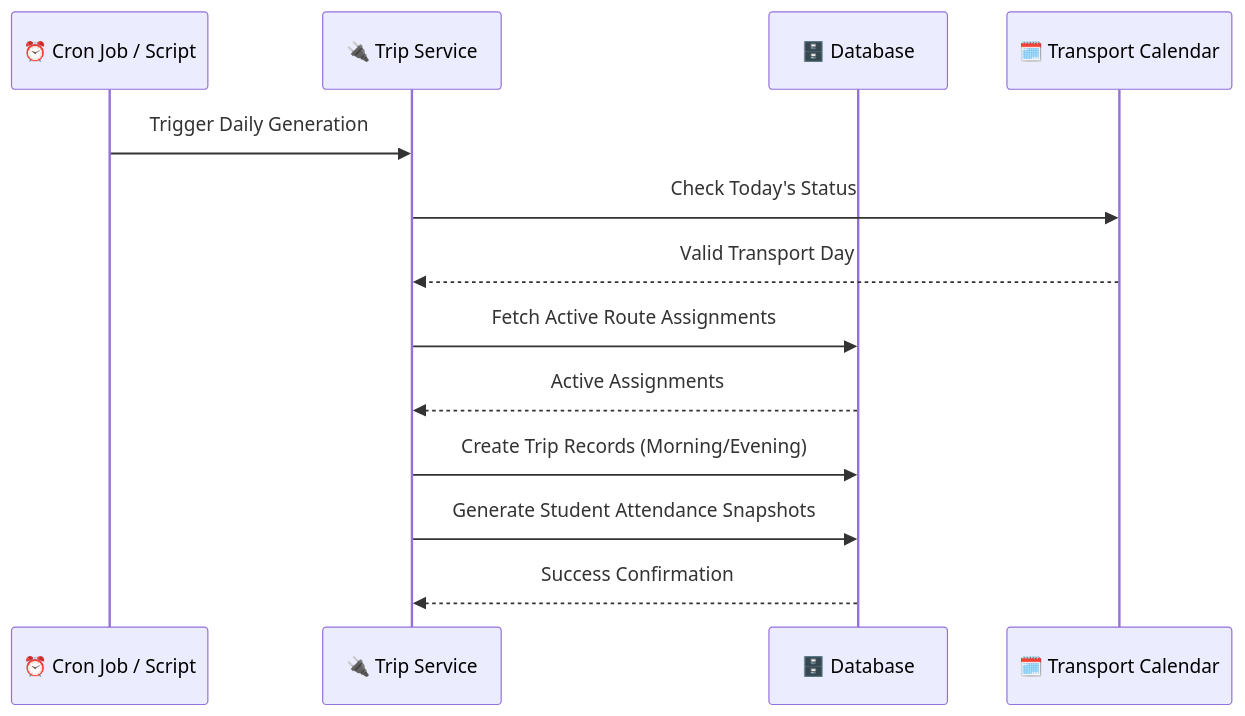
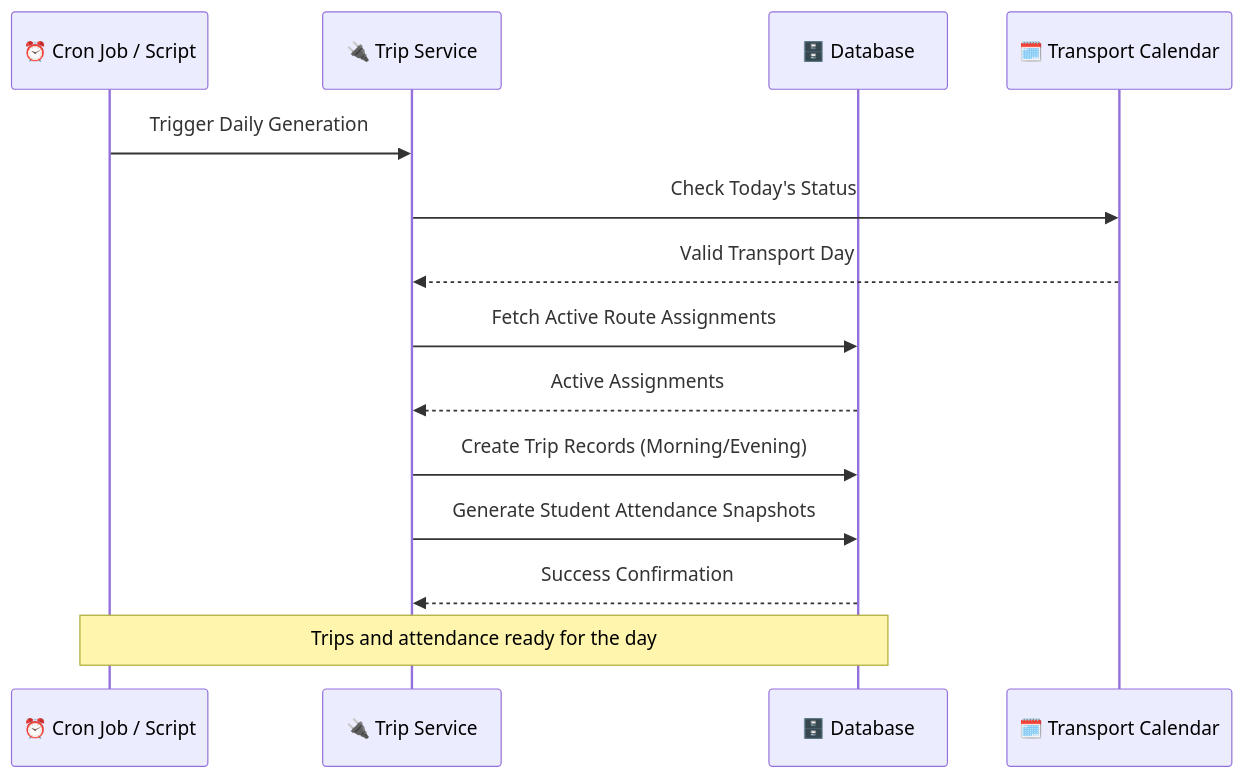
The tenth of 18 diagrams in README.md (DeCLAN-designs/Soho_Academy), drawn with Mermaid before and after one commit. The commit also changed other lines of this file and 14 other files, not shown here.

````diff
--- a/README.md
+++ b/README.md
@@ -436,16 +988,17 @@
 ```mermaid
 sequenceDiagram
     participant Cron as ⏰ Cron Job / Script
     participant API as 🔌 Trip Service
     participant DB as 🗄️ Database
     participant Calendar as 🗓️ Transport Calendar
     
     Cron->>API: Trigger Daily Generation
     API->>Calendar: Check Today's Status
     Calendar-->>API: Valid Transport Day
     API->>DB: Fetch Active Route Assignments
     DB-->>API: Active Assignments
     API->>DB: Create Trip Records (Morning/Evening)
     API->>DB: Generate Student Attendance Snapshots
     DB-->>API: Success Confirmation
+    Note over Cron,DB: Trips and attendance ready for the day
 ```
````
